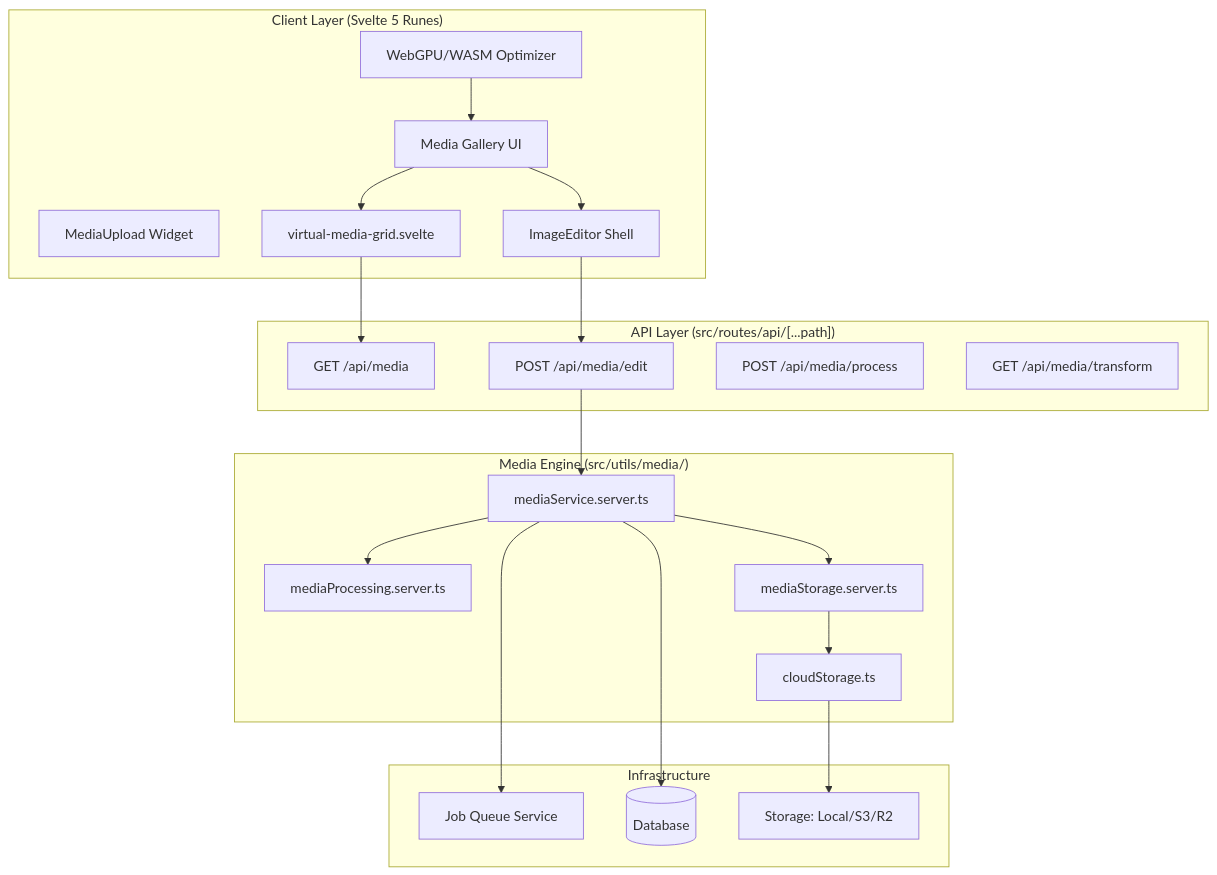
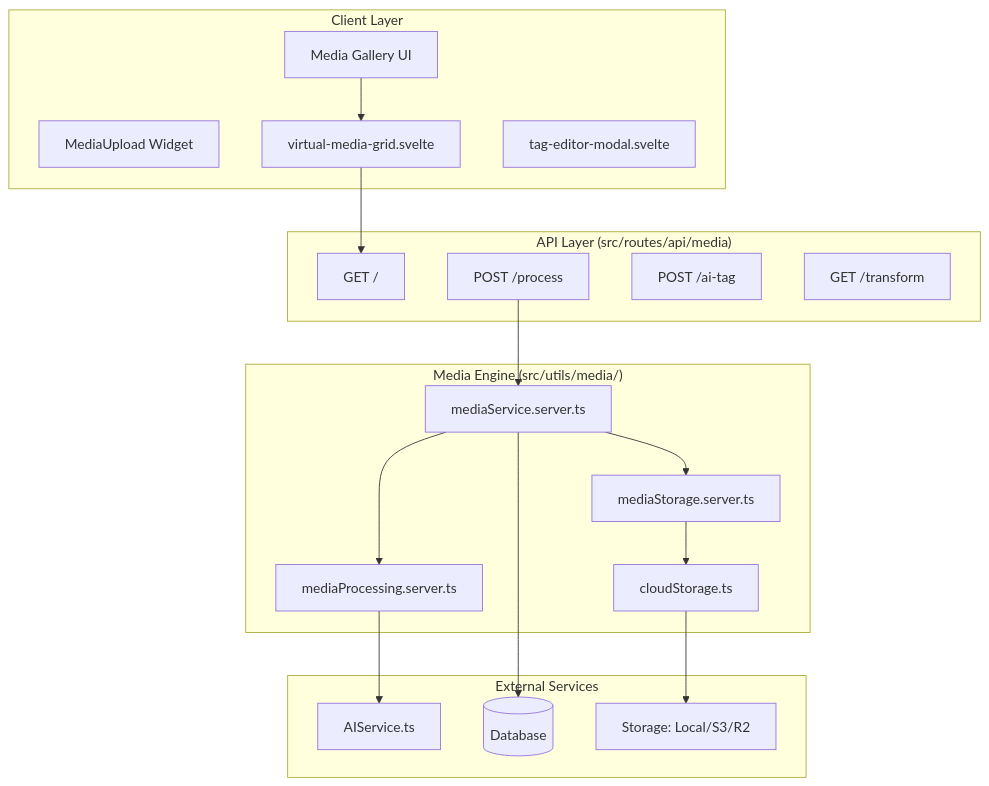
One commit to SveltyCMS/SveltyCMS changed the diagram in docs/architecture/media-system.mdx. Above: the diagram before and after it, drawn with Mermaid. The commit also changed other lines of this file and 1049 other files, not shown here.

````diff
--- a/docs/architecture/media-system.mdx
+++ b/docs/architecture/media-system.mdx
@@ -28,43 +27,39 @@
 ```mermaid
 graph TB
-    subgraph "Client Layer (Svelte 5 Runes)"
+    subgraph "Client Layer"
         UI[Media Gallery UI]
         UW[MediaUpload Widget]
         VGRID[virtual-media-grid.svelte]
-        EDITOR[ImageEditor Shell]
-        WGPU[WebGPU/WASM Optimizer]
+        TAG[tag-editor-modal.svelte]
     end
 
-    subgraph "API Layer (src/routes/api/[...path])"
-        API1[GET /api/media]
-        API2[POST /api/media/edit]
-        API3[POST /api/media/process]
-        API4[GET /api/media/transform]
+    subgraph "API Layer (src/routes/api/media)"
+        API1[GET /]
+        API2[POST /process]
+        API3[POST /ai-tag]
+        API4[GET /transform]
     end
 
     subgraph "Media Engine (src/utils/media/)"
         MS[mediaService.server.ts]
         MPS[mediaProcessing.server.ts]
         MST[mediaStorage.server.ts]
         CS[cloudStorage.ts]
     end
 
-    subgraph "Infrastructure"
-        JOBS[Job Queue Service]
+    subgraph "External Services"
+        AIS[AIService.ts]
         DB[(Database)]
         STORE[Storage: Local/S3/R2]
     end
 
     UI --> VGRID
     VGRID --> API1
-    UI --> EDITOR
-    WGPU --> UI
-    EDITOR --> API2
     API2 --> MS
     MS --> MPS
     MS --> MST
     MST --> CS
-    MS --> JOBS
     MS --> DB
     CS --> STORE
+    MPS --> AIS
 ```
````
